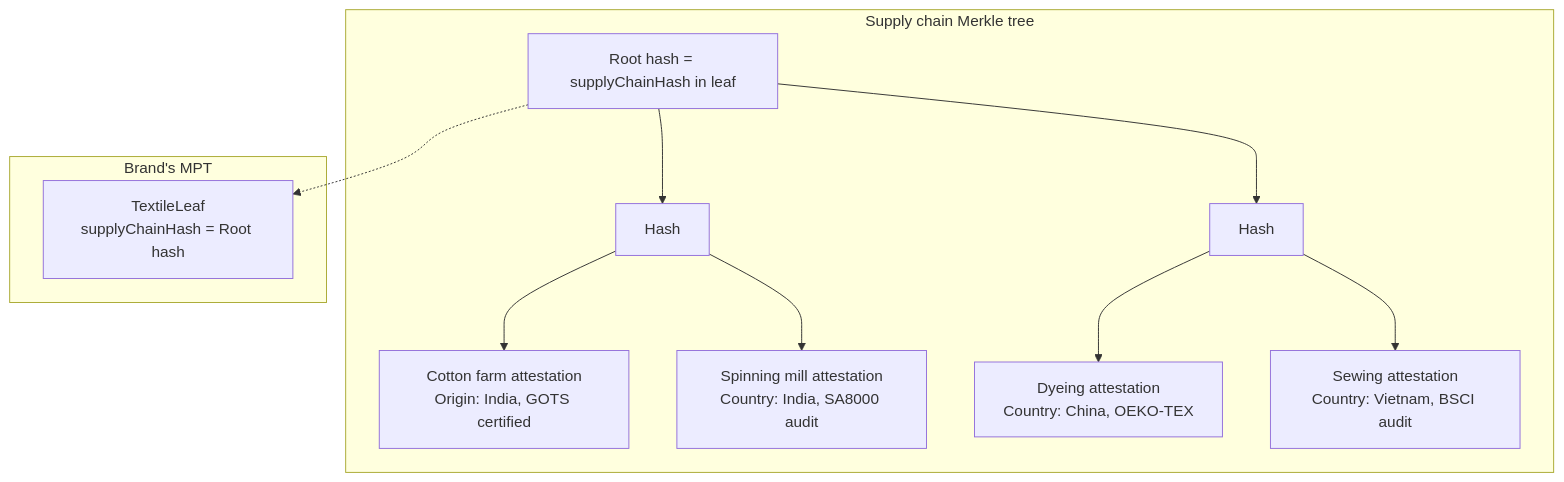
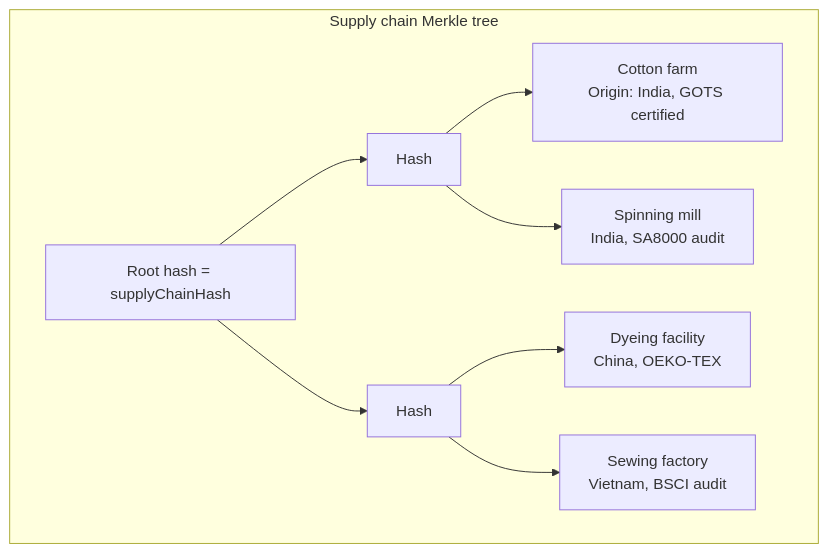
One commit to lambdasistemi/eu-digital-product-passport changed the third of 3 diagrams in docs/sectors/textiles/index.md. Above: the diagram before and after it, drawn with Mermaid. The commit also changed other lines of this file and 1 other file, not shown here.

````diff
--- a/docs/sectors/textiles/index.md
+++ b/docs/sectors/textiles/index.md
@@ -134,18 +169,12 @@
 ```mermaid
 graph TD
     subgraph "Supply chain Merkle tree"
-        R[Root hash = supplyChainHash in leaf]
+        R[Root hash = supplyChainHash]
         R --> H1[Hash]
         R --> H2[Hash]
-        H1 --> A1["Cotton farm attestation<br/>Origin: India, GOTS certified"]
-        H1 --> A2["Spinning mill attestation<br/>Country: India, SA8000 audit"]
-        H2 --> A3["Dyeing attestation<br/>Country: China, OEKO-TEX"]
-        H2 --> A4["Sewing attestation<br/>Country: Vietnam, BSCI audit"]
+        H1 --> A1["Cotton farm<br/>Origin: India, GOTS certified"]
+        H1 --> A2["Spinning mill<br/>India, SA8000 audit"]
+        H2 --> A3["Dyeing facility<br/>China, OEKO-TEX"]
+        H2 --> A4["Sewing factory<br/>Vietnam, BSCI audit"]
     end
-
-    subgraph "Brand's MPT"
-        L["TextileLeaf<br/>supplyChainHash = Root hash"]
-    end
-
-    R -.-> L
 ```
````
